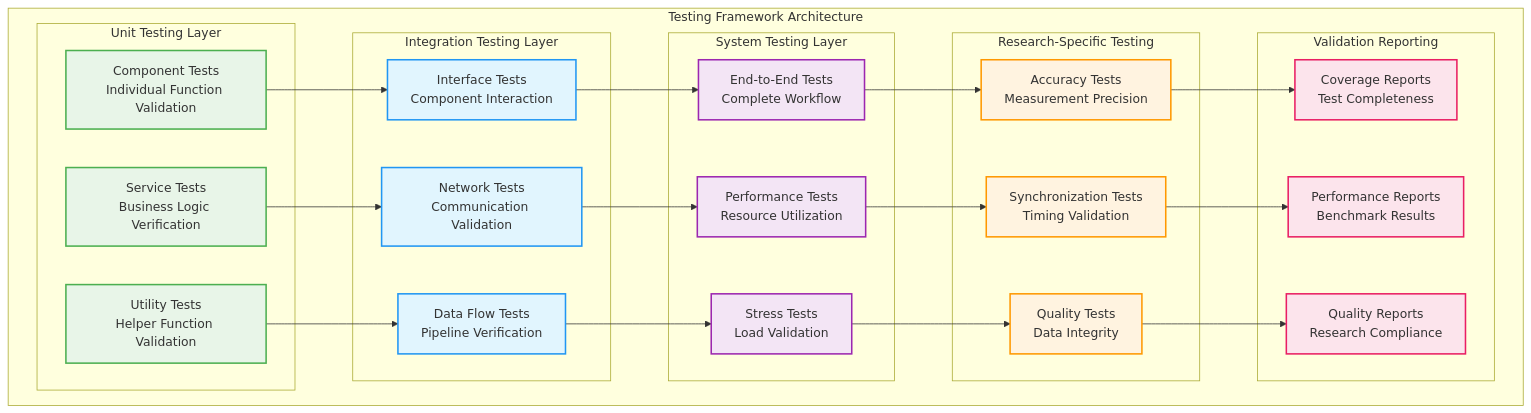
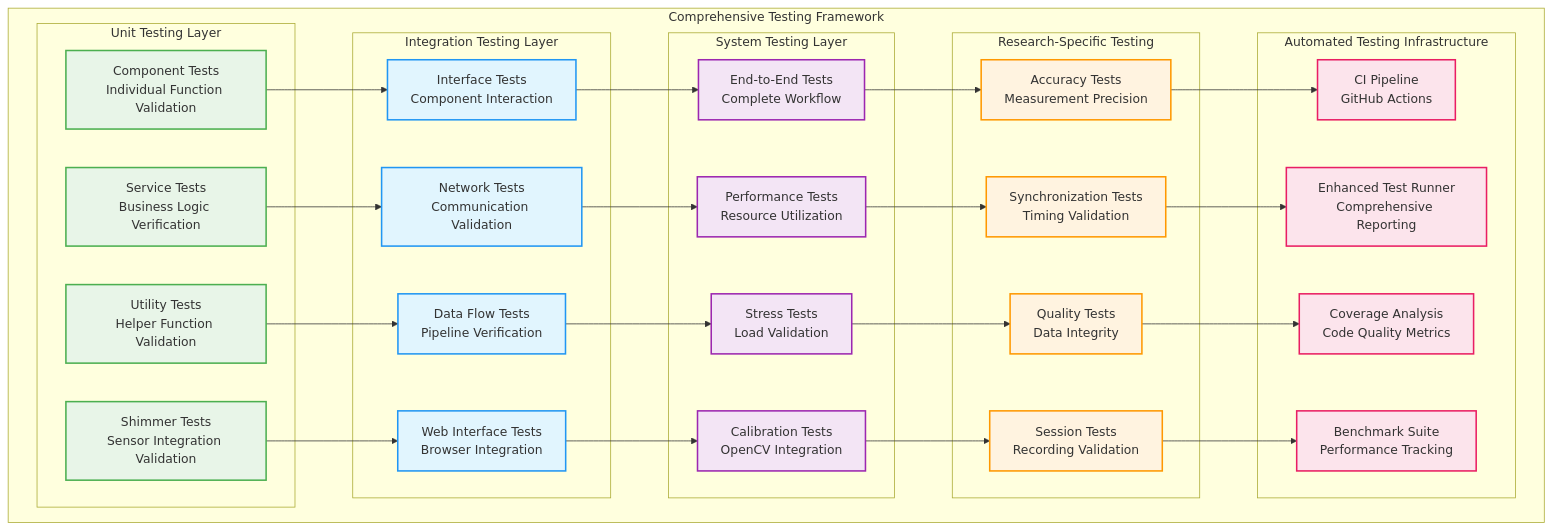
Before and after one commit to buccancs/fyp-multi-sensor-recording-system: the eighth of 8 diagrams in docs/thesis_report/Python_Desktop_Controller_Comprehensive_Documentation.md, drawn with Mermaid. The commit also changed other lines of this file, not shown here.

````diff
--- a/docs/thesis_report/Python_Desktop_Controller_Comprehensive_Documentation.md
+++ b/docs/thesis_report/Python_Desktop_Controller_Comprehensive_Documentation.md
@@ -1895,64 +2524,73 @@
 ```mermaid
 graph TB
-    subgraph "Testing Framework Architecture"
+    subgraph "Comprehensive Testing Framework"
         subgraph "Unit Testing Layer"
             COMP_TEST[Component Tests<br/>Individual Function Validation]
             SER_TEST[Service Tests<br/>Business Logic Verification]
             UTIL_TEST[Utility Tests<br/>Helper Function Validation]
+            SHIMMER_TEST[Shimmer Tests<br/>Sensor Integration Validation]
         end
         
         subgraph "Integration Testing Layer"
             INTER_TEST[Interface Tests<br/>Component Interaction]
             NET_TEST[Network Tests<br/>Communication Validation]
             DATA_TEST[Data Flow Tests<br/>Pipeline Verification]
+            WEB_TEST[Web Interface Tests<br/>Browser Integration]
         end
         
         subgraph "System Testing Layer"
             E2E_TEST[End-to-End Tests<br/>Complete Workflow]
             PERF_TEST[Performance Tests<br/>Resource Utilization]
             STRESS_TEST[Stress Tests<br/>Load Validation]
+            CALIB_TEST[Calibration Tests<br/>OpenCV Integration]
         end
         
         subgraph "Research-Specific Testing"
             ACC_TEST[Accuracy Tests<br/>Measurement Precision]
             SYNC_TEST[Synchronization Tests<br/>Timing Validation]
             QUAL_TEST[Quality Tests<br/>Data Integrity]
+            SESSION_TEST[Session Tests<br/>Recording Validation]
         end
         
-        subgraph "Validation Reporting"
-            COV_REP[Coverage Reports<br/>Test Completeness]
-            PERF_REP[Performance Reports<br/>Benchmark Results]
-            QUAL_REP[Quality Reports<br/>Research Compliance]
+        subgraph "Automated Testing Infrastructure"
+            CI_PIPELINE[CI Pipeline<br/>GitHub Actions]
+            TEST_RUNNER[Enhanced Test Runner<br/>Comprehensive Reporting]
+            COVERAGE[Coverage Analysis<br/>Code Quality Metrics]
+            BENCH_SUITE[Benchmark Suite<br/>Performance Tracking]
         end
     end
     
     %% Testing flow
     COMP_TEST --> INTER_TEST
     SER_TEST --> NET_TEST
     UTIL_TEST --> DATA_TEST
+    SHIMMER_TEST --> WEB_TEST
     
     INTER_TEST --> E2E_TEST
     NET_TEST --> PERF_TEST
     DATA_TEST --> STRESS_TEST
+    WEB_TEST --> CALIB_TEST
     
     E2E_TEST --> ACC_TEST
     PERF_TEST --> SYNC_TEST
     STRESS_TEST --> QUAL_TEST
+    CALIB_TEST --> SESSION_TEST
     
-    ACC_TEST --> COV_REP
-    SYNC_TEST --> PERF_REP
-    QUAL_TEST --> QUAL_REP
+    ACC_TEST --> CI_PIPELINE
+    SYNC_TEST --> TEST_RUNNER
+    QUAL_TEST --> COVERAGE
+    SESSION_TEST --> BENCH_SUITE
     
     %% Styling
     classDef unit fill:#e8f5e8,stroke:#4CAF50,stroke-width:2px
     classDef integration fill:#e1f5fe,stroke:#2196F3,stroke-width:2px
     classDef system fill:#f3e5f5,stroke:#9C27B0,stroke-width:2px
     classDef research fill:#fff3e0,stroke:#FF9800,stroke-width:2px
-    classDef reporting fill:#fce4ec,stroke:#E91E63,stroke-width:2px
+    classDef automation fill:#fce4ec,stroke:#E91E63,stroke-width:2px
     
-    class COMP_TEST,SER_TEST,UTIL_TEST unit
-    class INTER_TEST,NET_TEST,DATA_TEST integration
-    class E2E_TEST,PERF_TEST,STRESS_TEST system
-    class ACC_TEST,SYNC_TEST,QUAL_TEST research
-    class COV_REP,PERF_REP,QUAL_REP reporting
+    class COMP_TEST,SER_TEST,UTIL_TEST,SHIMMER_TEST unit
+    class INTER_TEST,NET_TEST,DATA_TEST,WEB_TEST integration
+    class E2E_TEST,PERF_TEST,STRESS_TEST,CALIB_TEST system
+    class ACC_TEST,SYNC_TEST,QUAL_TEST,SESSION_TEST research
+    class CI_PIPELINE,TEST_RUNNER,COVERAGE,BENCH_SUITE automation
 ```
````
